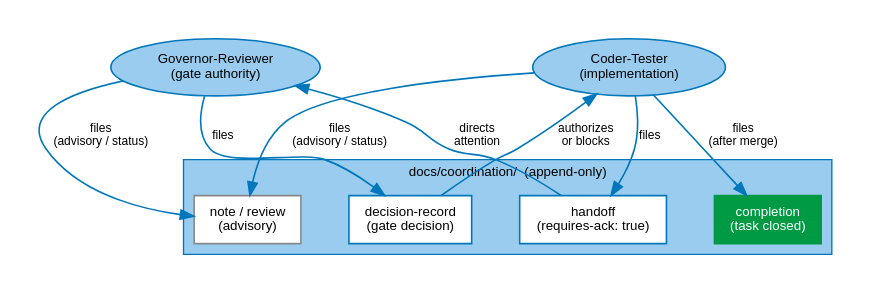
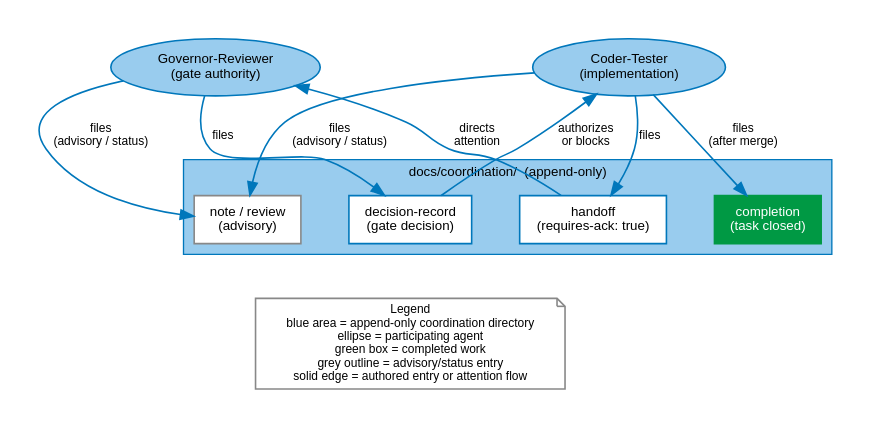
One commit to janipaijanen/agf-mirror changed the diagram in agf/docs/figures/src/coordination-channel.dot. Above: the diagram before and after it, drawn with Graphviz. The commit also changed 23 other files, not shown here.

```diff
--- a/agf/docs/figures/src/coordination-channel.dot
+++ b/agf/docs/figures/src/coordination-channel.dot
@@ -1,39 +1,43 @@
 // SPDX-License-Identifier: CC-BY-SA-4.0
 // agents-govern: coordination channel and handoff resolution
 // Generate: dot -Tsvg coordination-channel.dot -o ../coordination-channel.svg
 digraph coord_channel {
     graph [rankdir=TB, splines=spline, pad=0.3, nodesep=0.5, ranksep=0.55,
            fontname="Helvetica", fontsize=11]
     node  [fontname="Helvetica", fontsize=10, style=filled, shape=box,
            fillcolor=white, color="#0077BB", penwidth=1.2]
     edge  [fontname="Helvetica", fontsize=9, color="#0077BB", penwidth=1.2]
 
     subgraph cluster_channel {
         label="docs/coordination/  (append-only)"
         style=filled
         fillcolor="#99CCEE"
         color="#0077BB"
         fontname="Helvetica"
         fontsize=10
 
         handoff   [label="handoff\n(requires-ack: true)", fillcolor=white]
         decision  [label="decision-record\n(gate decision)", fillcolor=white]
         completion [label="completion\n(task closed)", fillcolor="#009944",
                    fontcolor=white, color="#009944"]
         note      [label="note / review\n(advisory)", fillcolor=white,
                    color="#888888"]
     }
 
     agent_a  [label="Coder-Tester\n(implementation)", shape=ellipse,
               fillcolor="#99CCEE"]
     agent_b  [label="Governor-Reviewer\n(gate authority)", shape=ellipse,
               fillcolor="#99CCEE"]
 
     agent_a  -> handoff   [label="files"]
     handoff  -> agent_b   [label="directs\nattention"]
     agent_b  -> decision  [label="files"]
     decision -> agent_a   [label="authorizes\nor blocks"]
     agent_a  -> completion [label="files\n(after merge)"]
     agent_a  -> note      [label="files\n(advisory / status)"]
     agent_b  -> note      [label="files\n(advisory / status)"]
+
+    legend [label="Legend\nblue area = append-only coordination directory\nellipse = participating agent\ngreen box = completed work\ngrey outline = advisory/status entry\nsolid edge = authored entry or attention flow",
+            shape=note, fillcolor=white, color="#888888", fontsize=9]
+    decision -> legend [style=invis]
 }
```
